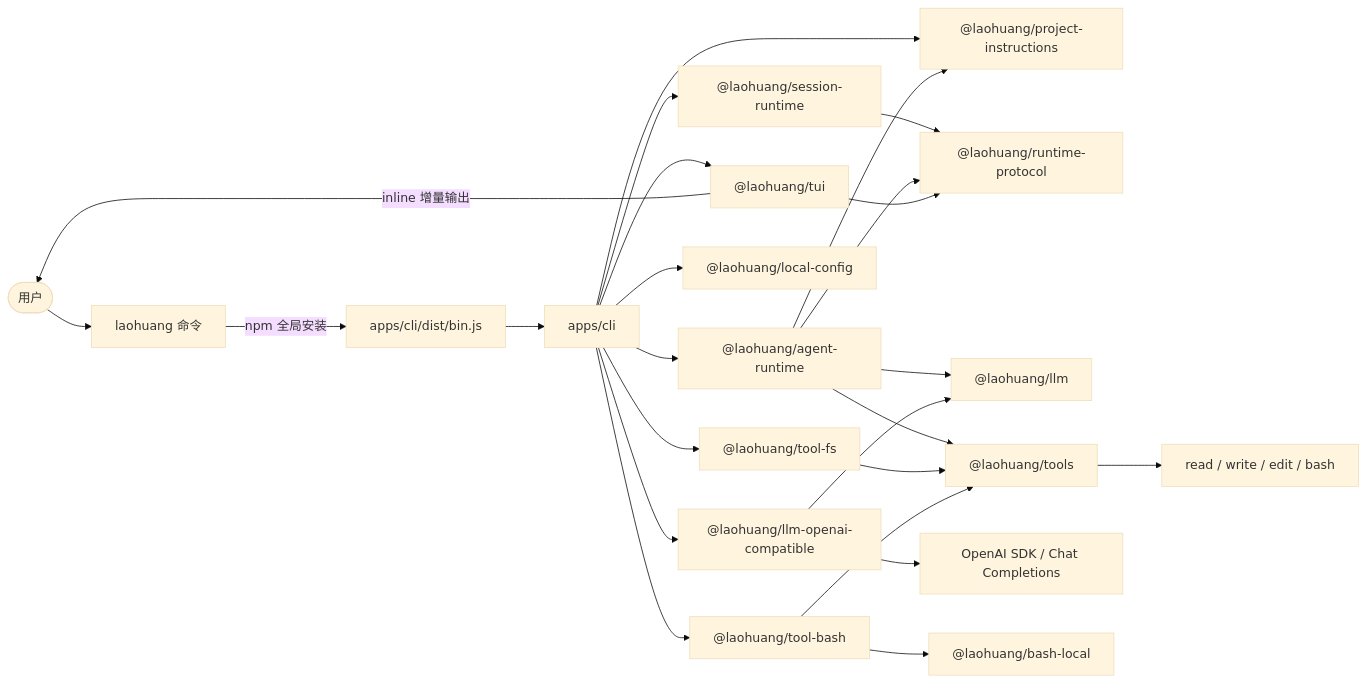
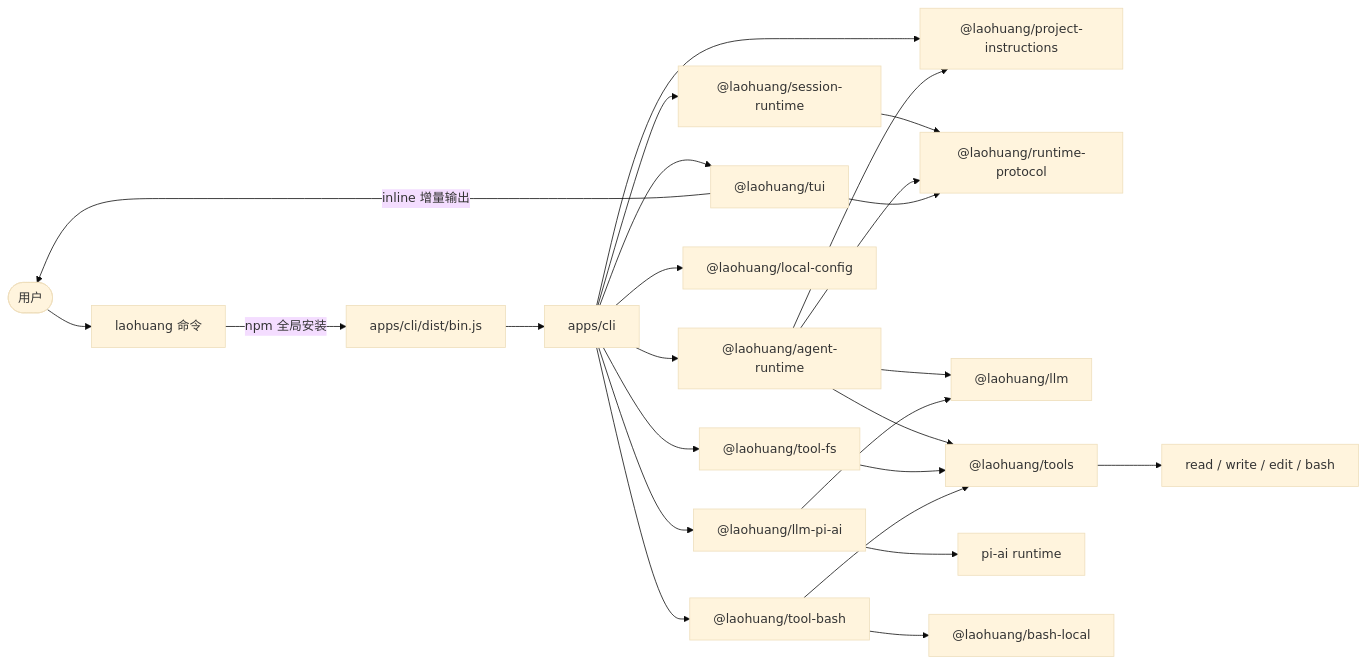
One commit to hxr223/laoHuangCode changed the first of 2 diagrams in docs/architecture.md. Above: the diagram before and after it, drawn with Mermaid (base theme). The commit also changed other lines of this file and 7 other files, not shown here.

Commit message:
docs: describe pi-ai model architecture

````diff
--- a/docs/architecture.md
+++ b/docs/architecture.md
@@ -60,30 +60,30 @@
 ```mermaid
 flowchart LR
     User([用户]) --> Entry["laohuang 命令"]
     Entry -->|npm 全局安装| Bin["apps/cli/dist/bin.js"]
 
     Bin --> CLI["apps/cli"]
     CLI --> TUI["@laohuang/tui"]
     CLI --> Session["@laohuang/session-runtime"]
     CLI --> Agent["@laohuang/agent-runtime"]
     CLI --> Config["@laohuang/local-config"]
     CLI --> FS["@laohuang/tool-fs"]
     CLI --> BashTool["@laohuang/tool-bash"]
-    CLI --> OpenAICompat["@laohuang/llm-openai-compatible"]
+    CLI --> PiAI["@laohuang/llm-pi-ai"]
     CLI --> Instructions["@laohuang/project-instructions"]
 
     Session --> Protocol["@laohuang/runtime-protocol"]
     Agent --> Protocol
     Agent --> LLM["@laohuang/llm"]
     Agent --> Tools["@laohuang/tools"]
     Agent --> Instructions
-    OpenAICompat --> LLM
-    OpenAICompat --> SDK["OpenAI SDK / Chat Completions"]
+    PiAI --> LLM
+    PiAI --> Runtime["pi-ai runtime"]
     FS --> Tools
     BashTool --> Tools
     BashTool --> BashLocal["@laohuang/bash-local"]
     TUI --> Protocol
 
     TUI -->|inline 增量输出| User
     Tools --> ToolNames["read / write / edit / bash"]
 ```
````
